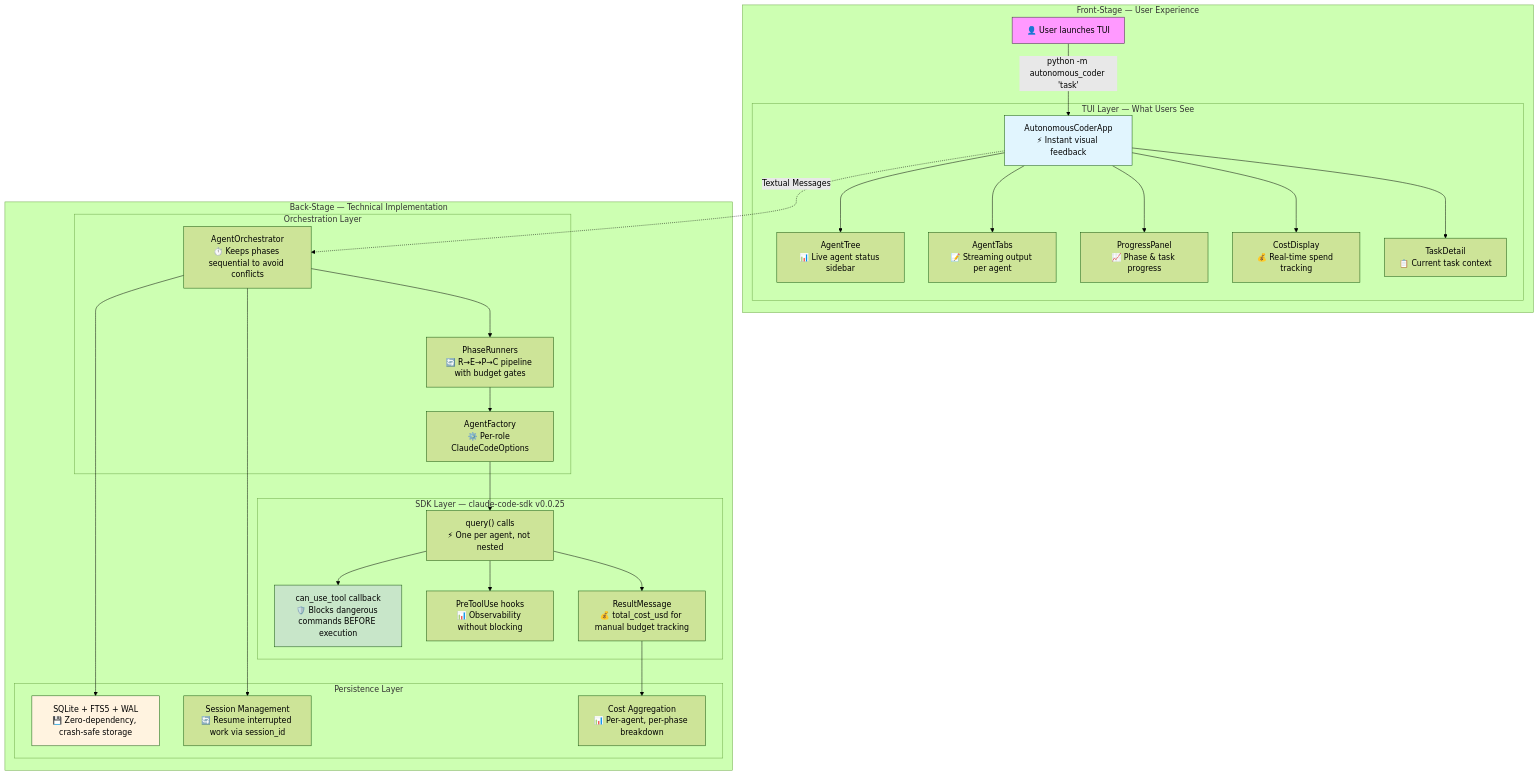
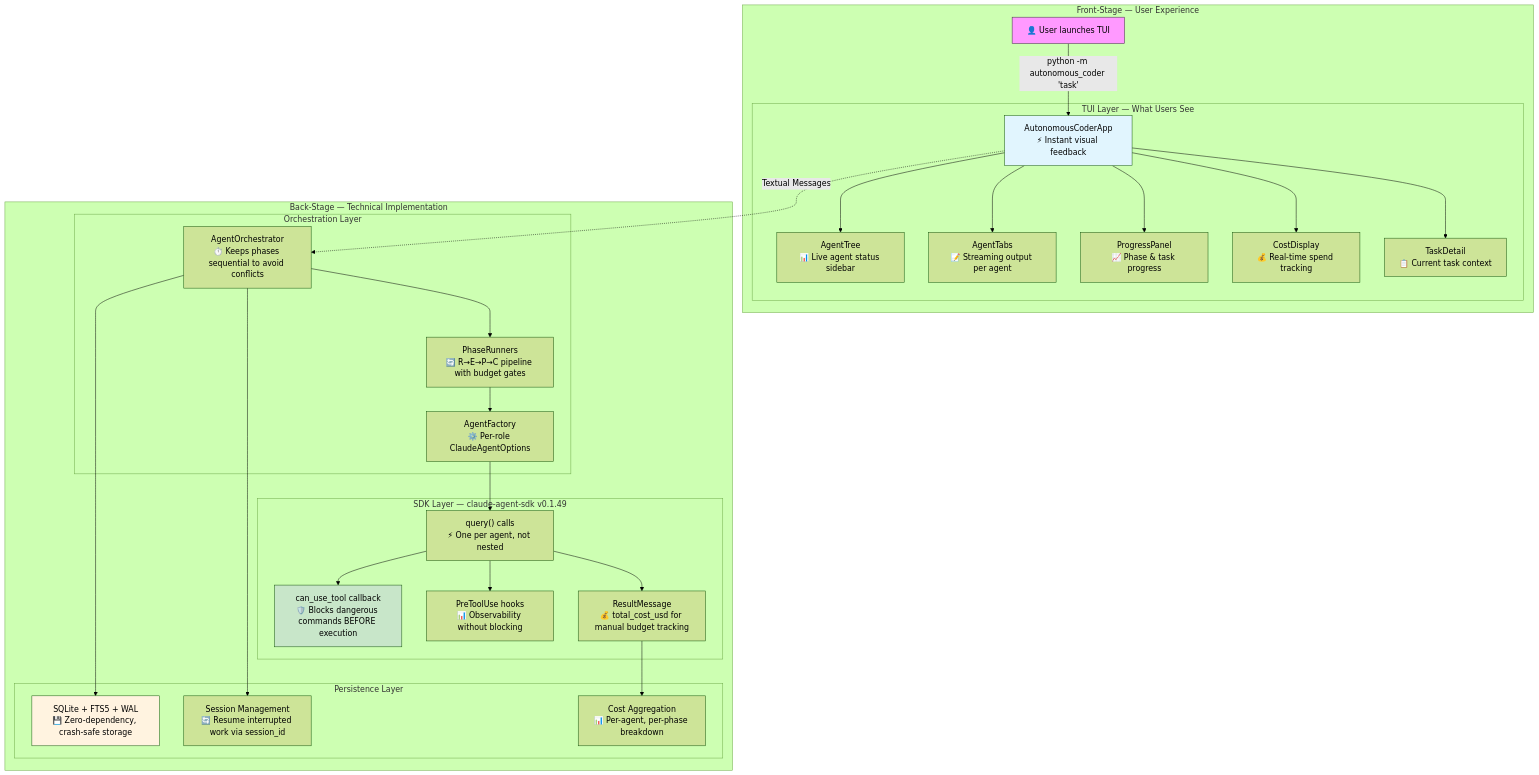
The diagram in ai/diagrams/architecture/arch-system-overview.md (krzemienski/autonomous-coder), drawn with Mermaid (forest theme) before and after one commit. The commit also changed other lines of this file and 13 other files, not shown here.

First line of the commit message:
refactor: migrate from claude-code-sdk to claude-agent-sdk

````diff
--- a/ai/diagrams/architecture/arch-system-overview.md
+++ b/ai/diagrams/architecture/arch-system-overview.md
@@ -18,50 +18,50 @@
 ```mermaid
 graph TB
     subgraph "Front-Stage — User Experience"
         U[👤 User launches TUI]
         U --> |"python -m autonomous_coder 'task'"| APP
 
         subgraph "TUI Layer — What Users See"
             APP[AutonomousCoderApp<br/>⚡ Instant visual feedback]
             AT[AgentTree<br/>📊 Live agent status sidebar]
             TABS[AgentTabs<br/>📝 Streaming output per agent]
             PROG[ProgressPanel<br/>📈 Phase & task progress]
             COST[CostDisplay<br/>💰 Real-time spend tracking]
             TD[TaskDetail<br/>📋 Current task context]
         end
 
         APP --> AT & TABS & PROG & COST & TD
     end
 
     subgraph "Back-Stage — Technical Implementation"
         subgraph "Orchestration Layer"
             ORCH[AgentOrchestrator<br/>⏱️ Keeps phases sequential to avoid conflicts]
             PR[PhaseRunners<br/>🔄 R→E→P→C pipeline with budget gates]
-            AF[AgentFactory<br/>⚙️ Per-role ClaudeCodeOptions]
+            AF[AgentFactory<br/>⚙️ Per-role ClaudeAgentOptions]
         end
 
-        subgraph "SDK Layer — claude-code-sdk v0.0.25"
+        subgraph "SDK Layer — claude-agent-sdk v0.1.49"
             Q["query() calls<br/>⚡ One per agent, not nested"]
             CUT["can_use_tool callback<br/>🛡️ Blocks dangerous commands BEFORE execution"]
             HOOKS["PreToolUse hooks<br/>📊 Observability without blocking"]
             RM["ResultMessage<br/>💰 total_cost_usd for manual budget tracking"]
         end
 
         subgraph "Persistence Layer"
             SQL["SQLite + FTS5 + WAL<br/>💾 Zero-dependency, crash-safe storage"]
             SESS["Session Management<br/>🔄 Resume interrupted work via session_id"]
             COSTDB["Cost Aggregation<br/>📊 Per-agent, per-phase breakdown"]
         end
     end
 
     APP -.->|"Textual Messages"| ORCH
     ORCH --> PR --> AF --> Q
     Q --> CUT & HOOKS
     Q --> RM --> COSTDB
     ORCH --> SQL & SESS
 
     style U fill:#f9f,stroke:#333
     style APP fill:#e1f5fe
     style CUT fill:#c8e6c9
     style SQL fill:#fff3e0
 ```
````
